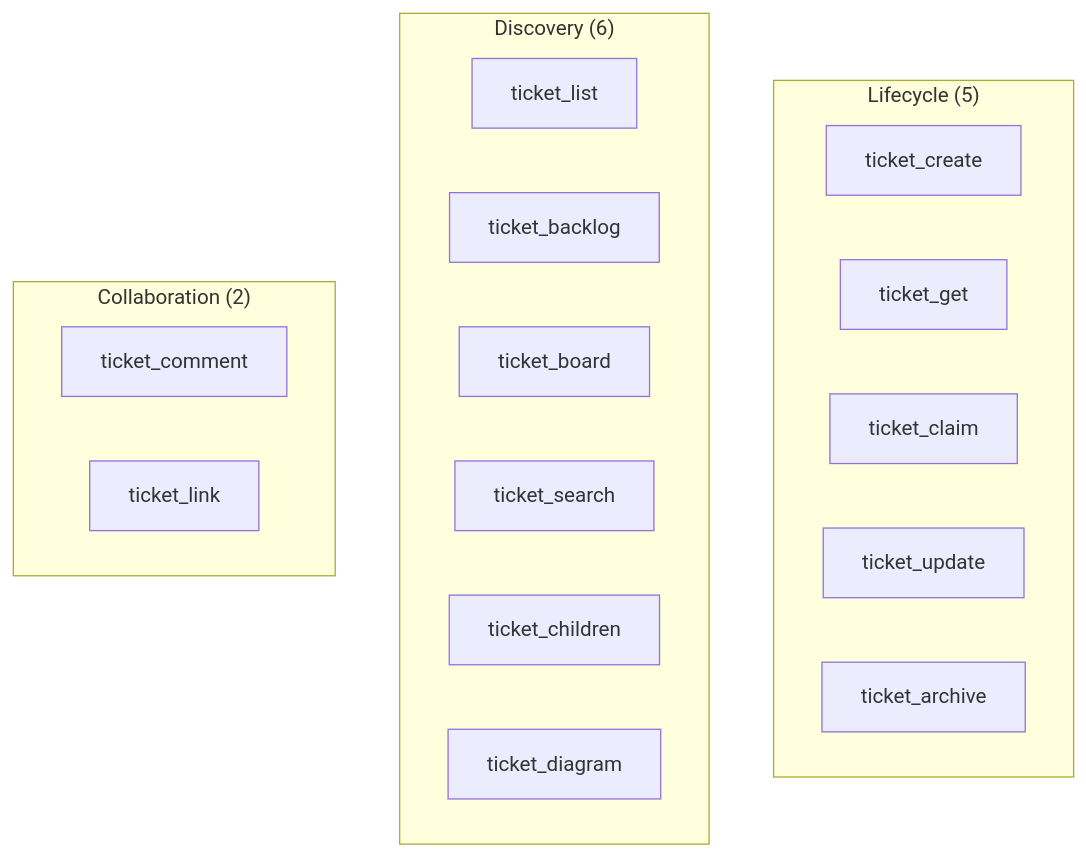
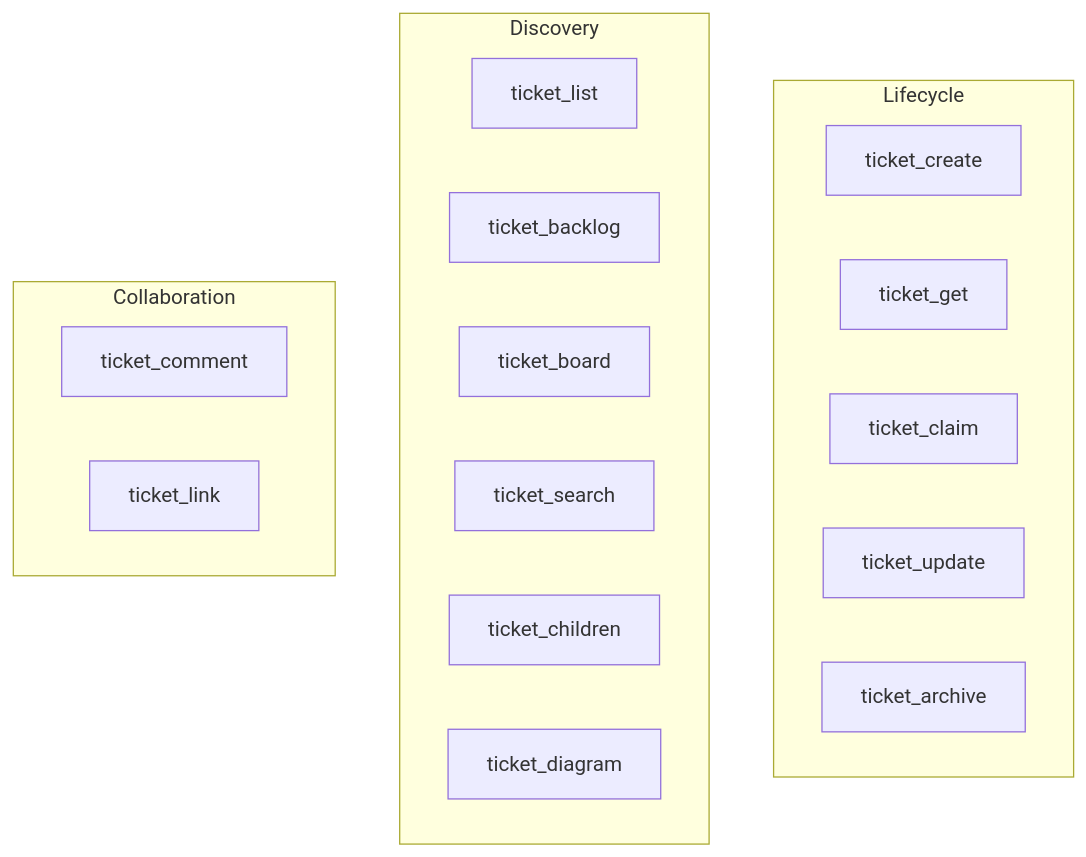
The diagram in docs/src/content/docs/tools/index.mdx (Vijay431/Orkestra), drawn with Mermaid before and after one commit. The commit also changed other lines of this file and 13 other files, not shown here.

````diff
--- a/docs/src/content/docs/tools/index.mdx
+++ b/docs/src/content/docs/tools/index.mdx
@@ -15,22 +15,22 @@
 ```mermaid
 flowchart TB
-    subgraph "Lifecycle (5)"
+    subgraph "Lifecycle"
         A[ticket_create]
         B[ticket_get]
         C[ticket_claim]
         D[ticket_update]
         E[ticket_archive]
     end
-    subgraph "Discovery (6)"
+    subgraph "Discovery"
         F[ticket_list]
         G[ticket_backlog]
         H[ticket_board]
         I[ticket_search]
         J[ticket_children]
         K[ticket_diagram]
     end
-    subgraph "Collaboration (2)"
+    subgraph "Collaboration"
         L[ticket_comment]
         M[ticket_link]
     end
 ```
````
